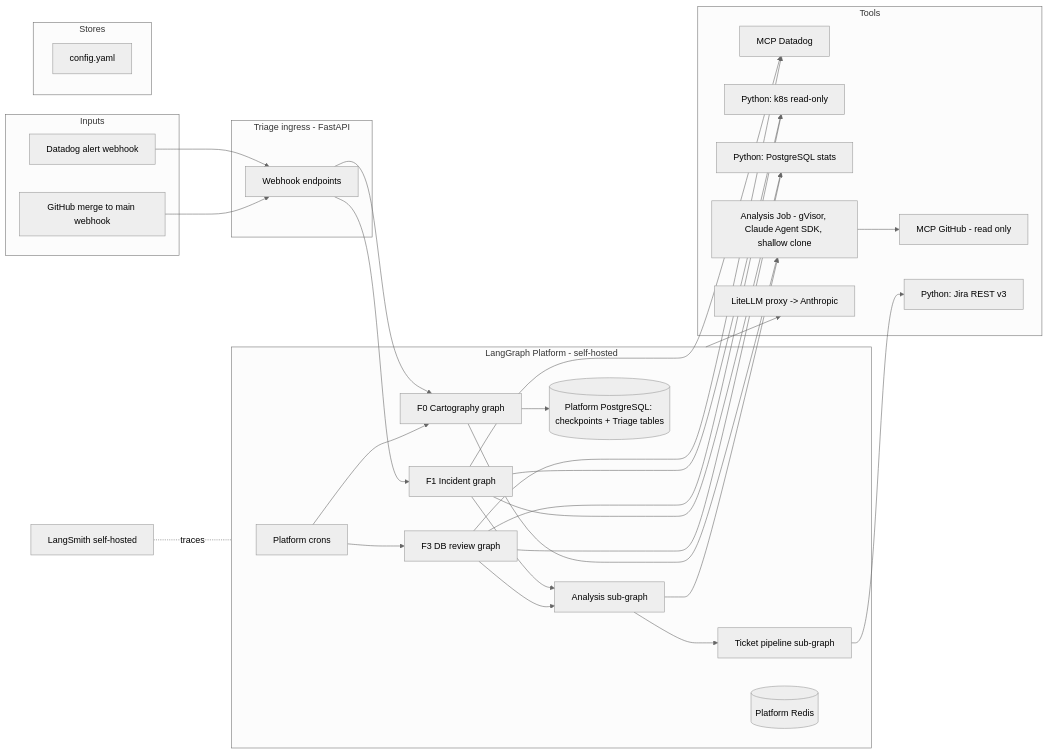
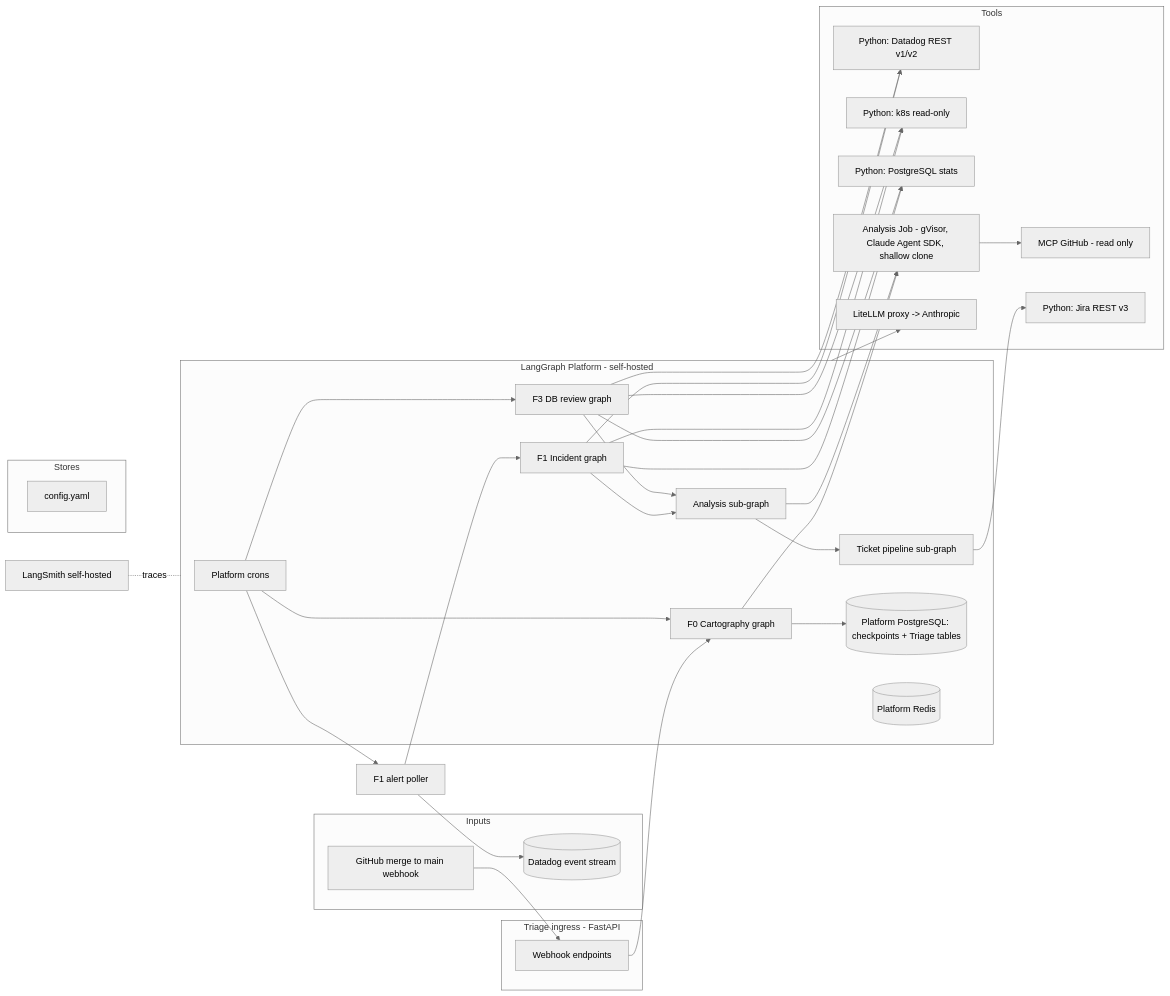
Before and after one commit to jburet/triage: the diagram in docs/architecture.md, drawn with Mermaid (neutral theme). The commit also changed other lines of this file and 20 other files, not shown here.

````diff
--- a/docs/architecture.md
+++ b/docs/architecture.md
@@ -32,50 +32,51 @@
 ```mermaid
 flowchart LR
     subgraph Inputs
-        DD[Datadog alert webhook]
+        DD[(Datadog event stream)]
         GH_WH[GitHub merge to main webhook]
     end
 
     subgraph ING[Triage ingress - FastAPI]
         API[Webhook endpoints]
     end
 
     subgraph LGP[LangGraph Platform - self-hosted]
         CRON[Platform crons]
         G0[F0 Cartography graph]
         G1[F1 Incident graph]
         G3[F3 DB review graph]
         GA[Analysis sub-graph]
         GT[Ticket pipeline sub-graph]
         PG[(Platform PostgreSQL: checkpoints + Triage tables)]
         RD[(Platform Redis)]
     end
 
     subgraph Stores
         YAML[config.yaml]
     end
 
     subgraph Tools
-        MCP_DD[MCP Datadog]
+        PY_DD[Python: Datadog REST v1/v2]
         MCP_GH[MCP GitHub - read only]
         PY_JIRA[Python: Jira REST v3]
         PY_K8S[Python: k8s read-only]
         PY_PG[Python: PostgreSQL stats]
         SBX[Analysis Job - gVisor, Claude Agent SDK, shallow clone]
         LLM[LiteLLM proxy -> Anthropic]
     end
 
-    DD --> API --> G1
+    CRON --> POLL[F1 alert poller] --> DD
+    POLL --> G1
     GH_WH --> API --> G0
     CRON --> G3
     CRON --> G0
 
     G1 & G3 --> GA --> GT
     G0 --> SBX
     G0 --> PG
     GT --> PY_JIRA
     GA --> SBX --> MCP_GH
-    G1 & G3 --> MCP_DD & PY_K8S & PY_PG
+    G1 & G3 --> PY_DD & PY_K8S & PY_PG
     LGP --> LLM
     LS[LangSmith self-hosted] -.traces.- LGP
 ```
````
